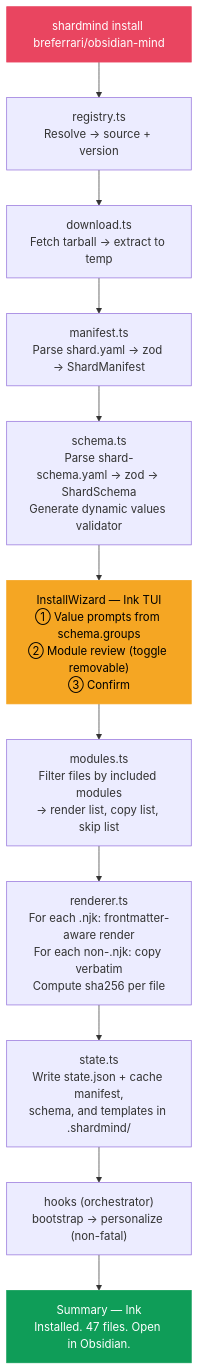
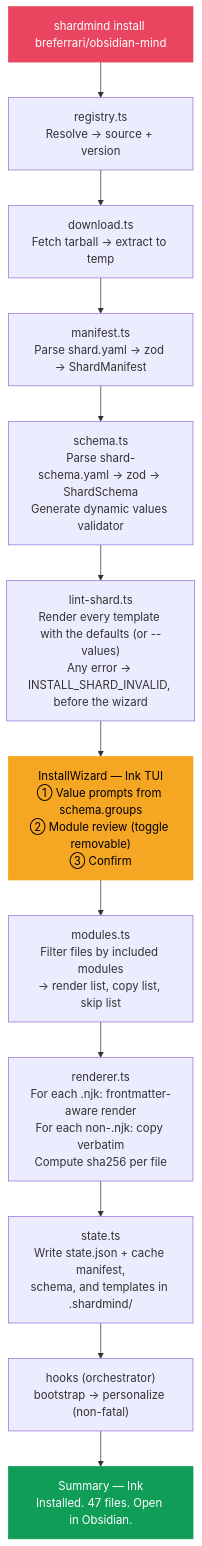
Before and after one commit to breferrari/shardmind: the second of 4 diagrams in docs/IMPLEMENTATION.md, drawn with Mermaid. The commit also changed other lines of this file and 2 other files, not shown here.

First line of the commit message:
docs: check the shard before the install wizard (#35)

````diff
--- a/docs/IMPLEMENTATION.md
+++ b/docs/IMPLEMENTATION.md
@@ -70,24 +70,25 @@
 ```mermaid
 graph TD
     A["shardmind install breferrari/obsidian-mind"] --> B
 
     B["registry.ts<br/>Resolve → source + version"] --> C
     C["download.ts<br/>Fetch tarball → extract to temp"] --> D
     D["manifest.ts<br/>Parse shard.yaml → zod → ShardManifest"] --> E
-    E["schema.ts<br/>Parse shard-schema.yaml → zod → ShardSchema<br/>Generate dynamic values validator"] --> F
+    E["schema.ts<br/>Parse shard-schema.yaml → zod → ShardSchema<br/>Generate dynamic values validator"] --> L
+    L["lint-shard.ts<br/>Render every template with the defaults (or --values)<br/>Any error → INSTALL_SHARD_INVALID, before the wizard"] --> F
 
     F["InstallWizard — Ink TUI<br/>① Value prompts from schema.groups<br/>② Module review (toggle removable)<br/>③ Confirm"] --> G
 
     G["modules.ts<br/>Filter files by included modules<br/>→ render list, copy list, skip list"] --> H
 
     H["renderer.ts<br/>For each .njk: frontmatter-aware render<br/>For each non-.njk: copy verbatim<br/>Compute sha256 per file"] --> I
 
     I["state.ts<br/>Write state.json + cache manifest,<br/>schema, and templates in .shardmind/"] --> J
 
     J["hooks (orchestrator)<br/>bootstrap → personalize (non-fatal)"] --> K
     K["Summary — Ink<br/>Installed. 47 files. Open in Obsidian."]
 
     style A fill:#e94560,stroke:#e94560,color:#fff
     style F fill:#f5a623,stroke:#f5a623,color:#000
     style K fill:#0f9d58,stroke:#0f9d58,color:#fff
 ```
````
